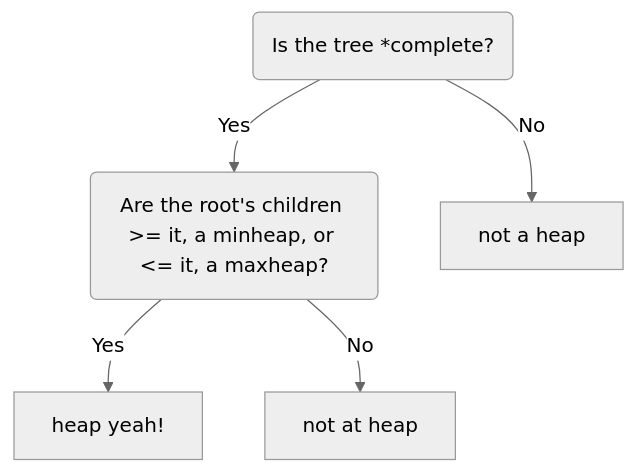
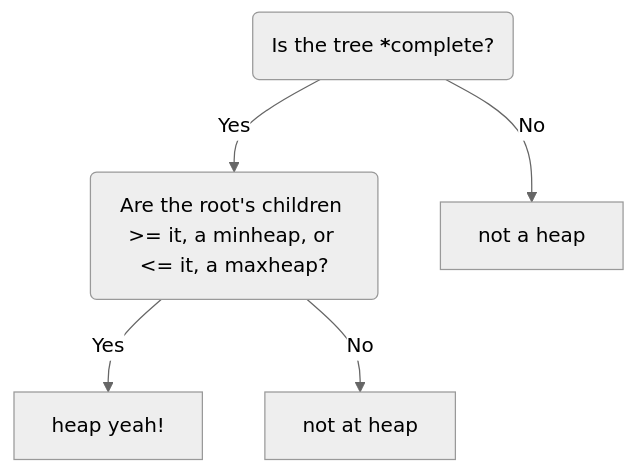
The first of 3 diagrams in _posts/2018-04-02-Heaps.md (bambuzie/fluffy-leaf), drawn with Mermaid (neutral theme) before and after one commit.

Commit message:
Updated '_posts/2018-04-02-Heaps.md' via CloudCannon

````diff
--- a/_posts/2018-04-02-Heaps.md
+++ b/_posts/2018-04-02-Heaps.md
@@ -22,9 +22,9 @@
 ```mermaid
 graph TD
-A(Is the tree *complete?);
+A(Is the tree <b>*</b>complete?);
 A -->|Yes| B(Are the root's children >= it, a minheap, or <= it, a maxheap?);
 A -->|No| C[not a heap];
 B -->|Yes| D[ heap yeah!];
 B -->|No| E[ not at heap];
 
 ```
````
